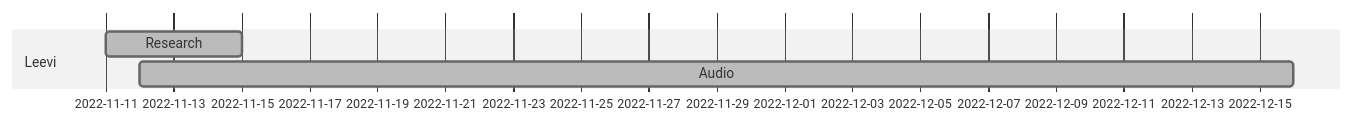
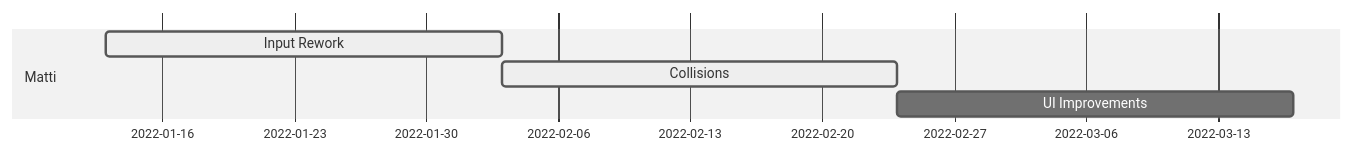
Before and after one commit to IlkkaTakala/Eril-Engine: the third of 3 diagrams in docs/ProjectPlan.md, drawn with Mermaid (neutral theme). The commit also changed other lines of this file and 2 other files, not shown here.

````diff
--- a/docs/ProjectPlan.md
+++ b/docs/ProjectPlan.md
@@ -111,9 +80,9 @@
 ```mermaid
 gantt
 dateFormat  DD-MM
 
-section Leevi
-Research                :done,    ldes1, 11-11, 4d
-Audio                   :done,    ldes2, 12-11, 16-12
-
+section Matti
+Input Rework           :active,    mdes3, 13-01, 3w
+Collisions             :active,    mdes1, after mdes3, 3w
+UI Improvements        :           mdes2, after mdes1, 3w
 ```
````
